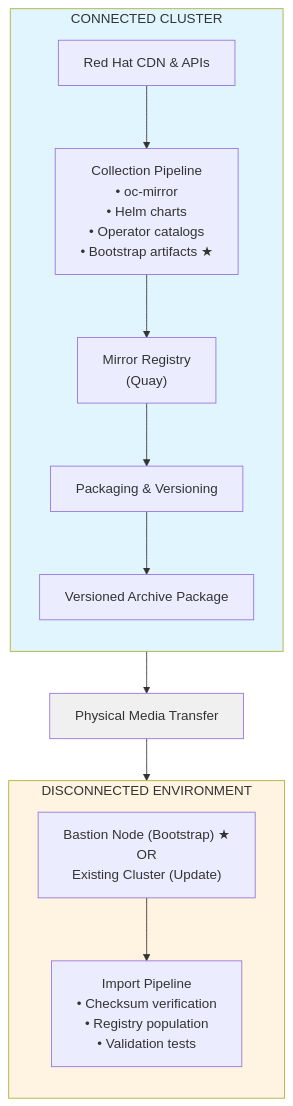
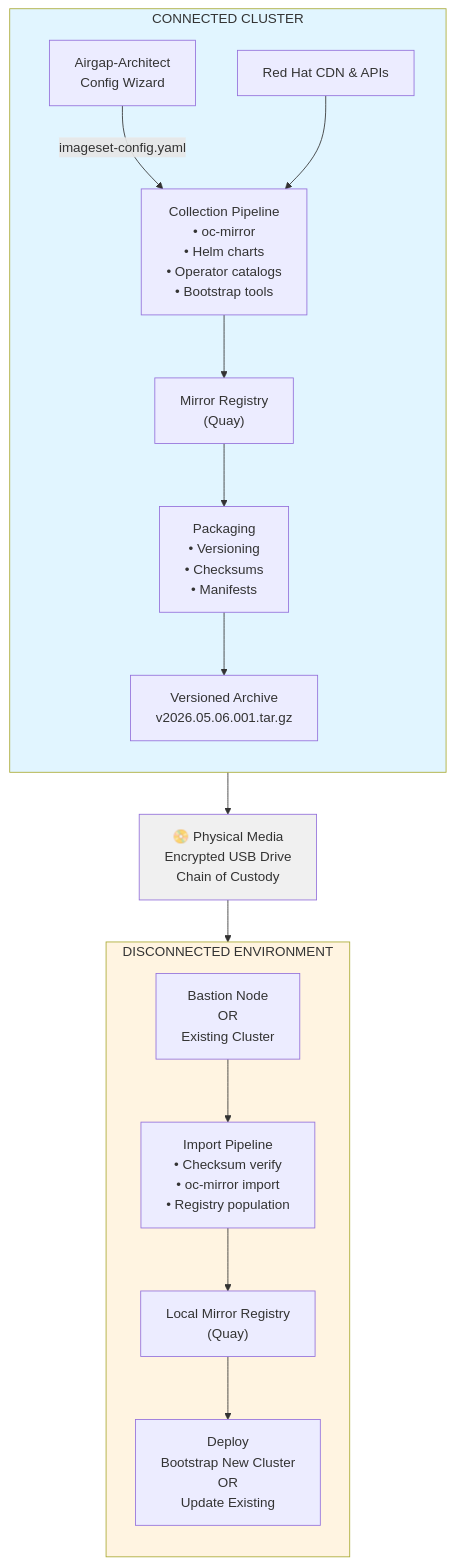
The fourth of 5 diagrams in README.md (mathianasj/ocp-disco-pipeline-arch), drawn with Mermaid before and after one commit. The commit also changed other lines of this file, not shown here.

First line of the commit message:
Restructure README for clear guided flow

````diff
--- a/README.md
+++ b/README.md
@@ -59,33 +154,39 @@
 ```mermaid
 flowchart TB
     subgraph connected["CONNECTED CLUSTER"]
         direction TB
         cdn["Red Hat CDN & APIs"]
-        pipeline["Collection Pipeline<br/>• oc-mirror<br/>• Helm charts<br/>• Operator catalogs<br/>• Bootstrap artifacts ★"]
+        aa["Airgap-Architect<br/>Config Wizard"]
+        pipeline["Collection Pipeline<br/>• oc-mirror<br/>• Helm charts<br/>• Operator catalogs<br/>• Bootstrap tools"]
         registry["Mirror Registry<br/>(Quay)"]
-        packaging["Packaging & Versioning"]
-        archive["Versioned Archive Package"]
+        packaging["Packaging<br/>• Versioning<br/>• Checksums<br/>• Manifests"]
+        archive["Versioned Archive<br/>v2026.05.06.001.tar.gz"]
         
+        aa -->|imageset-config.yaml| pipeline
         cdn --> pipeline
         pipeline --> registry
         registry --> packaging
         packaging --> archive
     end
     
-    media["Physical Media Transfer"]
+    media["📀 Physical Media<br/>Encrypted USB Drive<br/>Chain of Custody"]
     
     subgraph disconnected["DISCONNECTED ENVIRONMENT"]
         direction TB
-        target["Bastion Node (Bootstrap) ★<br/>OR<br/>Existing Cluster (Update)"]
-        import["Import Pipeline<br/>• Checksum verification<br/>• Registry population<br/>• Validation tests"]
+        bastion["Bastion Node<br/>OR<br/>Existing Cluster"]
+        import["Import Pipeline<br/>• Checksum verify<br/>• oc-mirror import<br/>• Registry population"]
+        localreg["Local Mirror Registry<br/>(Quay)"]
+        deploy["Deploy<br/>Bootstrap New Cluster<br/>OR<br/>Update Existing"]
         
-        target --> import
+        bastion --> import
+        import --> localreg
+        localreg --> deploy
     end
     
     archive --> media
-    media --> target
+    media --> bastion
     
     style connected fill:#e1f5ff
     style disconnected fill:#fff4e1
     style media fill:#f0f0f0
 ```
````
